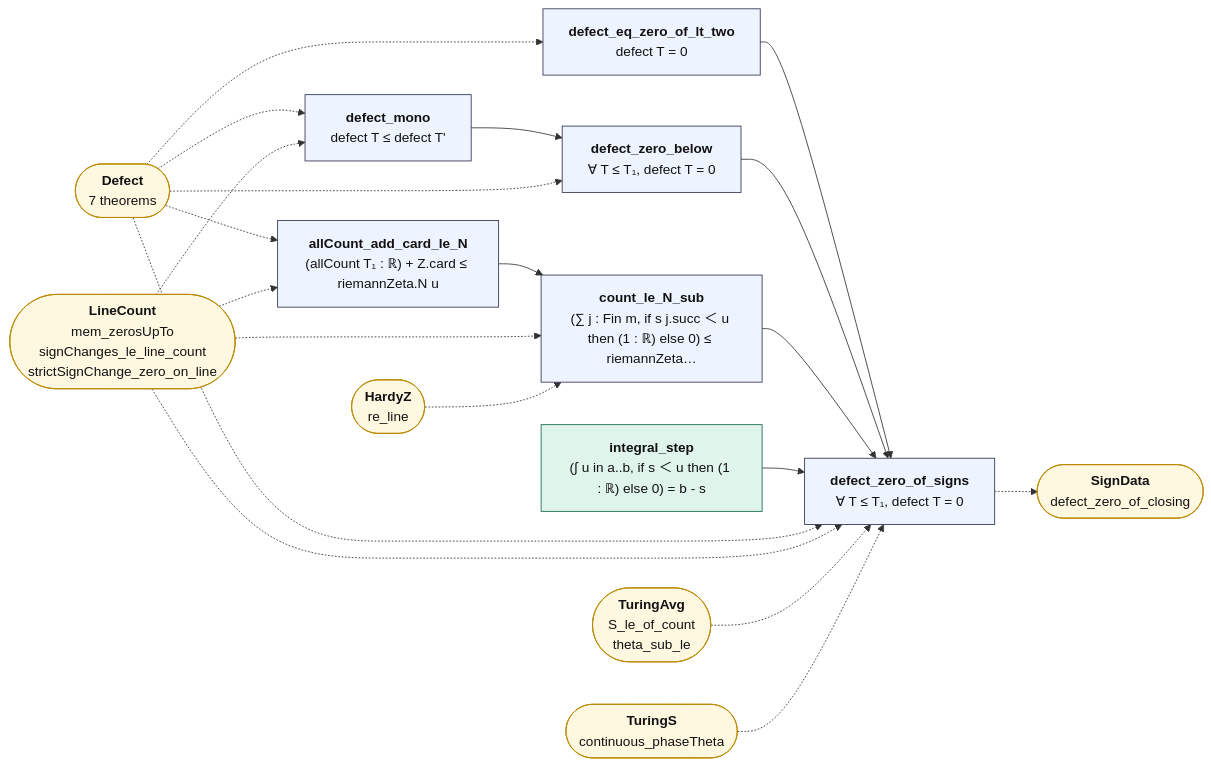
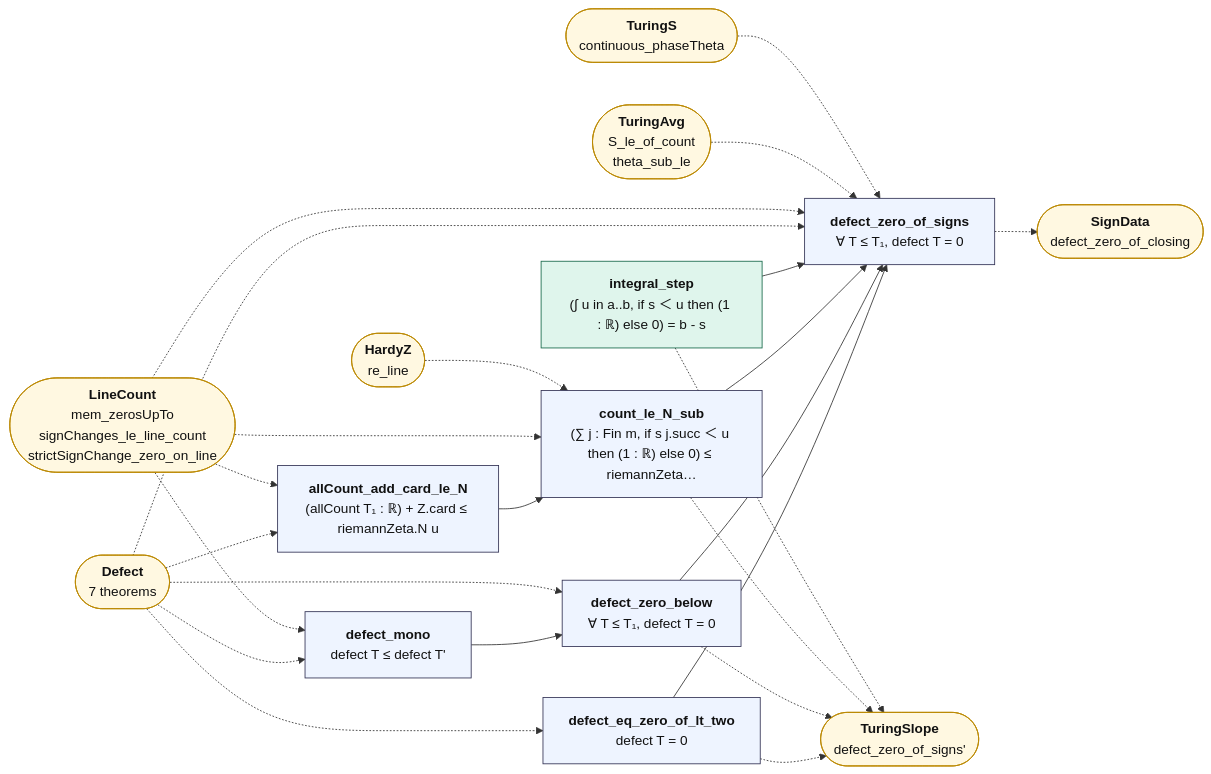
The diagram in map/lean_stage3/TuringCert.md (juliansambranojr/Primebeat_081426), drawn with Mermaid before and after one commit. The commit also changed other lines of this file and 33 other files, not shown here.

````diff
--- a/map/lean_stage3/TuringCert.md
+++ b/map/lean_stage3/TuringCert.md
@@ -14,43 +14,48 @@
 ```mermaid
 flowchart LR
   n0["<b>defect_mono</b><br/>defect T ≤ defect T'"]:::thm
   n1["<b>defect_eq_zero_of_lt_two</b><br/>defect T = 0"]:::thm
   n2["<b>defect_zero_below</b><br/>∀ T ≤ T₁, defect T = 0"]:::thm
   n3["<b>allCount_add_card_le_N</b><br/>(allCount T₁ : ℝ) + Z.card ≤ riemannZeta.N u"]:::thm
   n4["<b>count_le_N_sub</b><br/>(∑ j : Fin m, if s j.succ ＜ u then (1 : ℝ) else 0) ≤ riemannZeta…"]:::thm
   n5["<b>integral_step</b><br/>(∫ u in a..b, if s ＜ u then (1 : ℝ) else 0) = b - s"]:::cnt
   n6["<b>defect_zero_of_signs</b><br/>∀ T ≤ T₁, defect T = 0"]:::thm
   x0(["<b>Defect</b><br/>7 theorems"]):::ext
   x1(["<b>LineCount</b><br/>mem_zerosUpTo<br/>signChanges_le_line_count<br/>strictSignChange_zero_on_line"]):::ext
-  x2(["<b>HardyZ</b><br/>re_line"]):::ext
-  x3(["<b>TuringAvg</b><br/>S_le_of_count<br/>theta_sub_le"]):::ext
-  x4(["<b>TuringS</b><br/>continuous_phaseTheta"]):::ext
-  x5(["<b>SignData</b><br/>defect_zero_of_closing"]):::ext
+  x2(["<b>TuringSlope</b><br/>defect_zero_of_signs'"]):::ext
+  x3(["<b>HardyZ</b><br/>re_line"]):::ext
+  x4(["<b>TuringAvg</b><br/>S_le_of_count<br/>theta_sub_le"]):::ext
+  x5(["<b>TuringS</b><br/>continuous_phaseTheta"]):::ext
+  x6(["<b>SignData</b><br/>defect_zero_of_closing"]):::ext
   n0 --> n2
   n1 --> n6
   n2 --> n6
   n3 --> n4
   n4 --> n6
   n5 --> n6
-  n6 -.-> x5
+  n1 -.-> x2
+  n2 -.-> x2
+  n4 -.-> x2
+  n5 -.-> x2
+  n6 -.-> x6
   x0 -.-> n0
   x0 -.-> n1
   x0 -.-> n2
   x0 -.-> n3
   x0 -.-> n6
   x1 -.-> n0
   x1 -.-> n3
   x1 -.-> n4
   x1 -.-> n6
-  x2 -.-> n4
-  x3 -.-> n6
+  x3 -.-> n4
   x4 -.-> n6
+  x5 -.-> n6
   classDef cnt fill:#dff5ec,stroke:#17694a,color:#111
   classDef shp fill:#f1ecfb,stroke:#5b3fa0,color:#111
   classDef rh fill:#ffe5e5,stroke:#c22,color:#111,stroke-width:2px
   classDef thm fill:#eef4ff,stroke:#335,color:#111
   classDef end_ fill:#e7f7e7,stroke:#2a7,color:#111,stroke-width:2px
   classDef lone fill:#fff,stroke:#999,color:#111,stroke-dasharray:4 3
   classDef bad fill:#ffe5e5,stroke:#c22,color:#111,stroke-width:2px
   classDef ext fill:#fff8e1,stroke:#b80,color:#111
 ```
````
